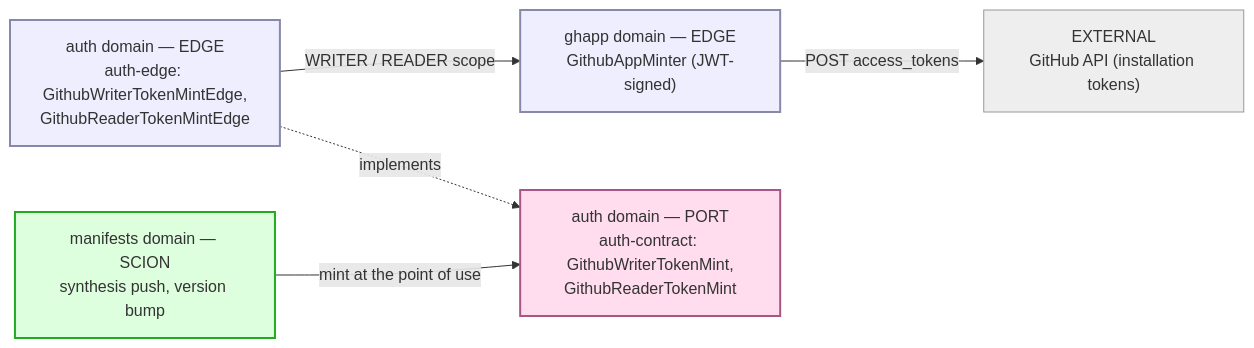
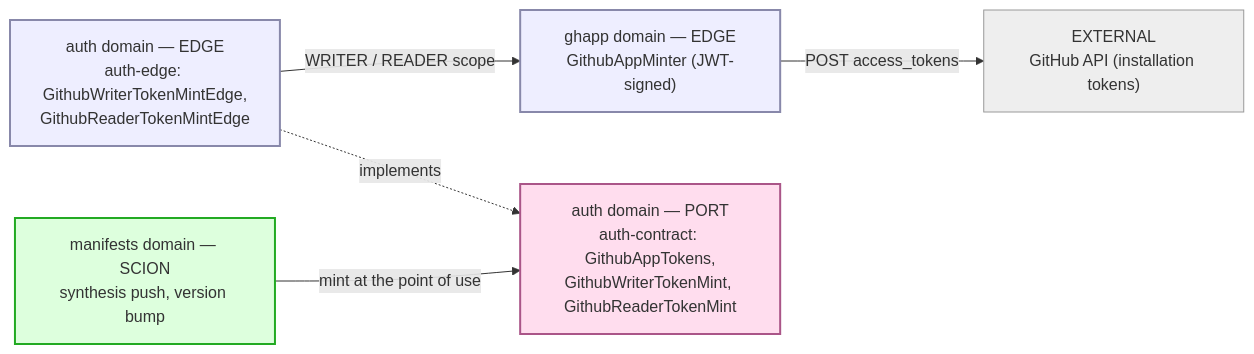
One commit to seedmatic/rke2lab changed the diagram in docs/architecture/osgi/auth-edge-spec.adoc. Above: the diagram before and after it, drawn with Mermaid. The commit also changed other lines of this file and 14 other files, not shown here.

```diff
--- a/docs/architecture/osgi/auth-edge-spec.adoc
+++ b/docs/architecture/osgi/auth-edge-spec.adoc
@@ -45,21 +61,21 @@
 [mermaid]
 ....
 flowchart LR
   world["EXTERNAL<br/>GitHub API (installation tokens)"]
   ghapp["ghapp domain — EDGE<br/>GithubAppMinter (JWT-signed)"]
   edge["auth domain — EDGE<br/>auth-edge: GithubWriterTokenMintEdge,<br/>GithubReaderTokenMintEdge"]
-  aport["auth domain — PORT<br/>auth-contract: GithubWriterTokenMint,<br/>GithubReaderTokenMint"]
+  aport["auth domain — PORT<br/>auth-contract: GithubAppTokens,<br/>GithubWriterTokenMint, GithubReaderTokenMint"]
   consumer["manifests domain — SCION<br/>synthesis push, version bump"]
   consumer -->|mint at the point of use| aport
   edge -.->|implements| aport
   edge -->|WRITER / READER scope| ghapp
   ghapp -->|POST access_tokens| world
   classDef e fill:#eef,stroke:#88a,stroke-width:2px;
   classDef p fill:#fde,stroke:#a58,stroke-width:2px;
   classDef h fill:#dfd,stroke:#2a2,stroke-width:2px;
   classDef w fill:#eee,stroke:#999,stroke-width:1px;
   class edge,ghapp e;
   class aport p;
   class consumer h;
   class world w;
 ....
```
